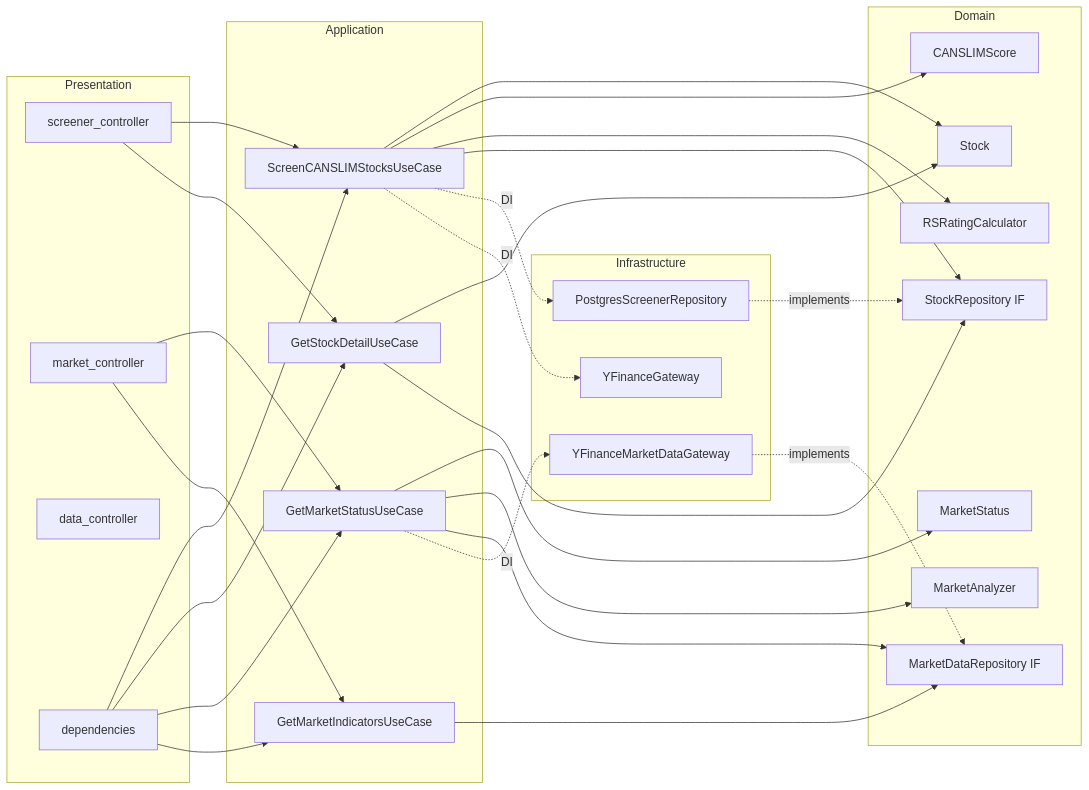
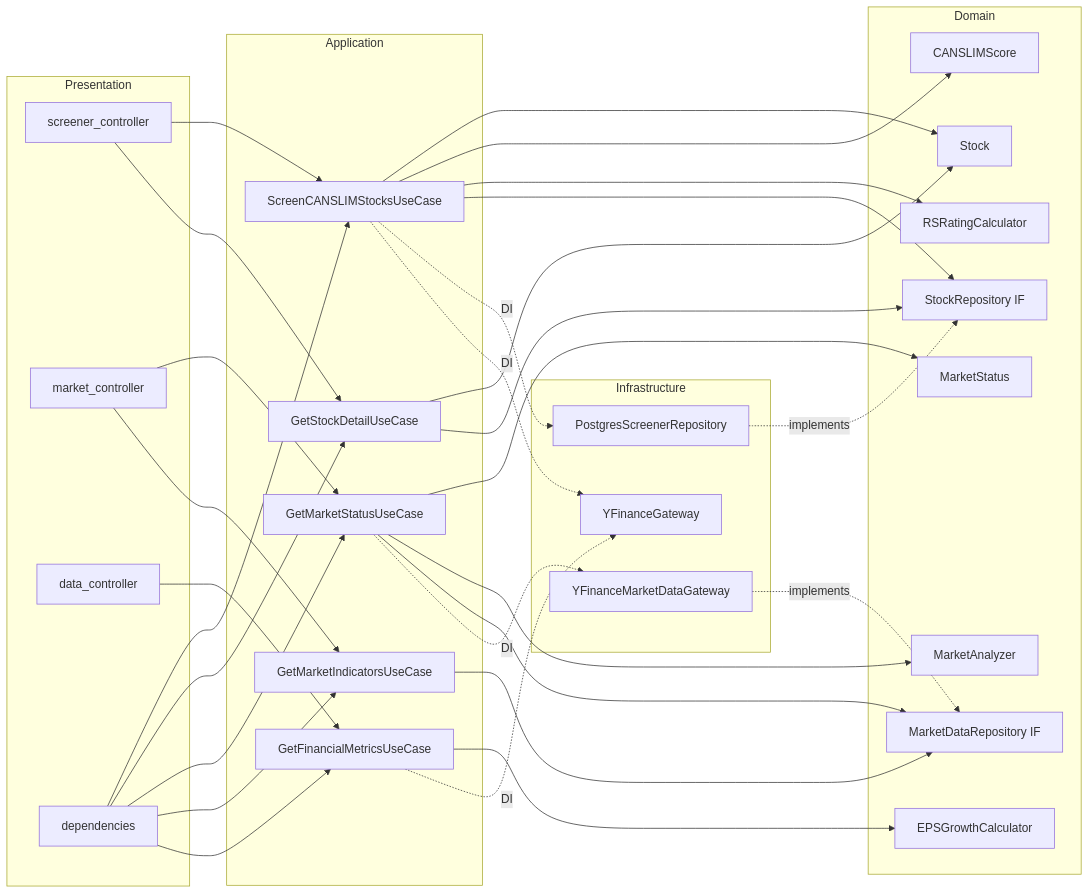
One commit to ryota197/ai-trade-pj changed the third of 4 diagrams in docs/poc/architectures/diagrams/module-dependencies.md. Above: the diagram before and after it, drawn with Mermaid. The commit also changed other lines of this file and 13 other files, not shown here.

````diff
--- a/docs/poc/architectures/diagrams/module-dependencies.md
+++ b/docs/poc/architectures/diagrams/module-dependencies.md
@@ -101,53 +105,58 @@
 ```mermaid
 graph LR
     subgraph "Presentation"
         screener_ctrl[screener_controller]
         market_ctrl[market_controller]
         data_ctrl[data_controller]
         deps[dependencies]
     end
 
     subgraph "Application"
         screen_uc[ScreenCANSLIMStocksUseCase]
         detail_uc[GetStockDetailUseCase]
         status_uc[GetMarketStatusUseCase]
         indicators_uc[GetMarketIndicatorsUseCase]
+        financials_uc[GetFinancialMetricsUseCase]
     end
 
     subgraph "Domain"
         stock[Stock]
         market_status[MarketStatus]
         canslim[CANSLIMScore]
         analyzer[MarketAnalyzer]
         rs_calc[RSRatingCalculator]
+        eps_calc[EPSGrowthCalculator]
         stock_repo_if[StockRepository IF]
         market_repo_if[MarketDataRepository IF]
     end
 
     subgraph "Infrastructure"
         pg_screener[PostgresScreenerRepository]
         yf_gateway[YFinanceGateway]
         yf_market[YFinanceMarketDataGateway]
     end
 
     %% Presentation → Application
     screener_ctrl --> screen_uc
     screener_ctrl --> detail_uc
     market_ctrl --> status_uc
     market_ctrl --> indicators_uc
-    deps --> screen_uc & detail_uc & status_uc & indicators_uc
+    data_ctrl --> financials_uc
+    deps --> screen_uc & detail_uc & status_uc & indicators_uc & financials_uc
 
     %% Application → Domain
     screen_uc --> stock & canslim & rs_calc & stock_repo_if
     detail_uc --> stock & stock_repo_if
     status_uc --> market_status & analyzer & market_repo_if
     indicators_uc --> market_repo_if
+    financials_uc --> eps_calc
 
     %% Infrastructure implements Domain interfaces
     pg_screener -.->|implements| stock_repo_if
     yf_market -.->|implements| market_repo_if
 
     %% Application → Infrastructure (via DI)
     screen_uc -.->|DI| pg_screener & yf_gateway
     status_uc -.->|DI| yf_market
+    financials_uc -.->|DI| yf_gateway
 ```
````
